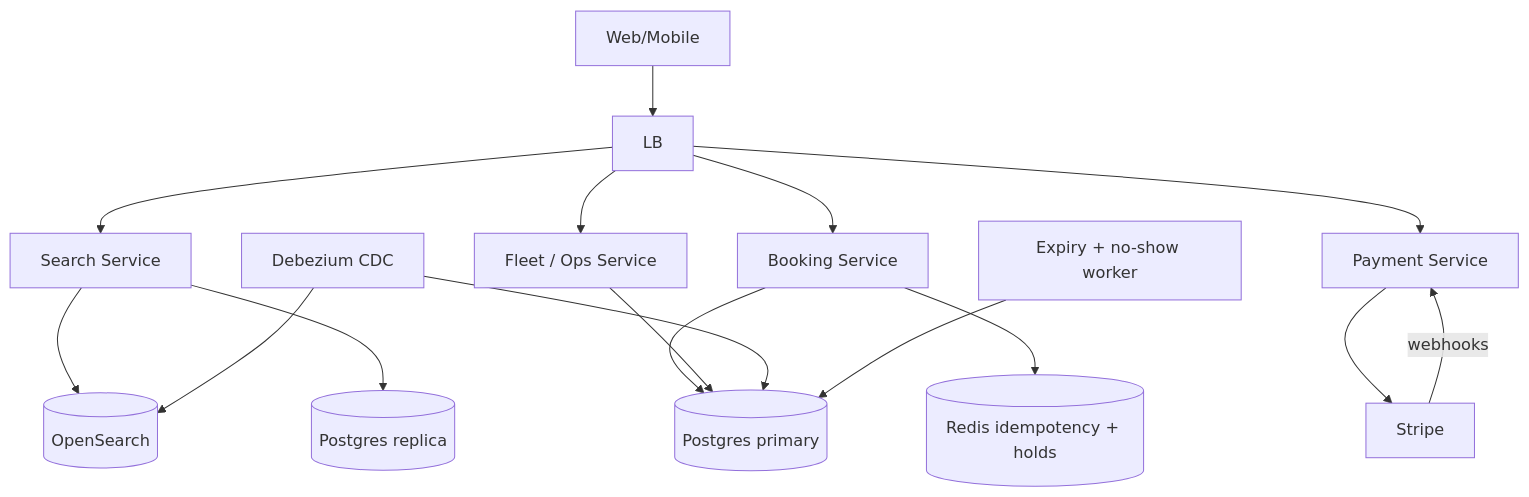
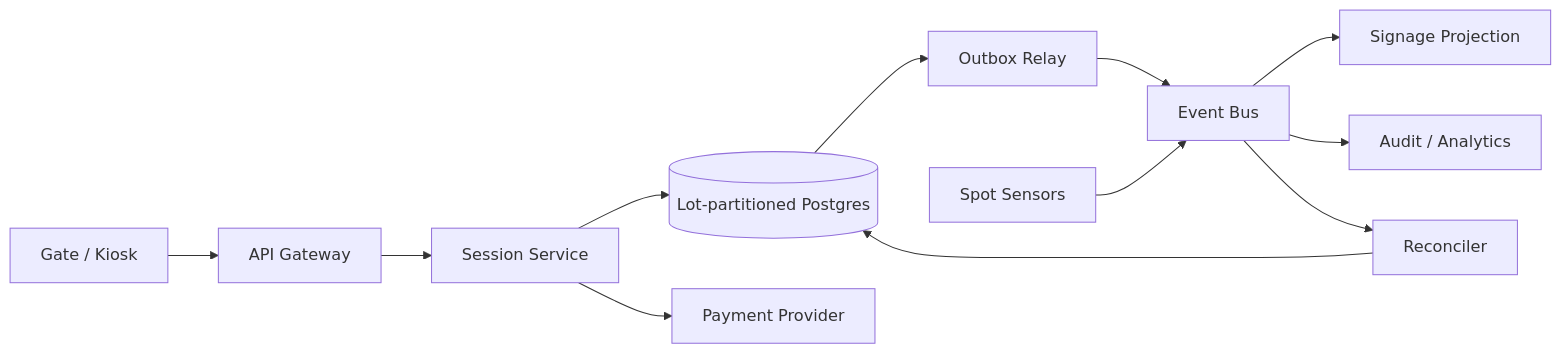
The fifth of 32 diagrams in system_design.md (Chirumamilla1522/c3-ai), drawn with Mermaid before and after one commit. The commit also changed other lines of this file and 1 other file, not shown here.

````diff
--- a/system_design.md
+++ b/system_design.md
@@ -653,20 +455,14 @@
 ```mermaid
-flowchart TB
-  Web[Web/Mobile] --> LB
-  LB --> Search[Search Service]
-  LB --> Booking[Booking Service]
-  LB --> Fleet[Fleet / Ops Service]
-  LB --> Pay[Payment Service]
-
-  Search --> OS[(OpenSearch)]
-  Search --> Rep[(Postgres replica)]
-  Booking --> Pri[(Postgres primary)]
-  Booking --> Redis[(Redis idempotency + holds)]
-  Fleet --> Pri
-  Pay --> Stripe
-  Stripe -->|webhooks| Pay
-
-  CDC[Debezium CDC] --> Pri
-  CDC --> OS
-  Worker[Expiry + no-show worker] --> Pri
+flowchart LR
+  Gate[Gate / Kiosk] --> GW[API Gateway]
+  GW --> SS[Session Service]
+  SS --> DB[(Lot-partitioned Postgres)]
+  SS --> Pay[Payment Provider]
+  DB --> Outbox[Outbox Relay]
+  Outbox --> Bus[Event Bus]
+  Bus --> Sign[Signage Projection]
+  Bus --> Audit[Audit / Analytics]
+  Sensor[Spot Sensors] --> Bus
+  Bus --> Recon[Reconciler]
+  Recon --> DB
 ```
````
